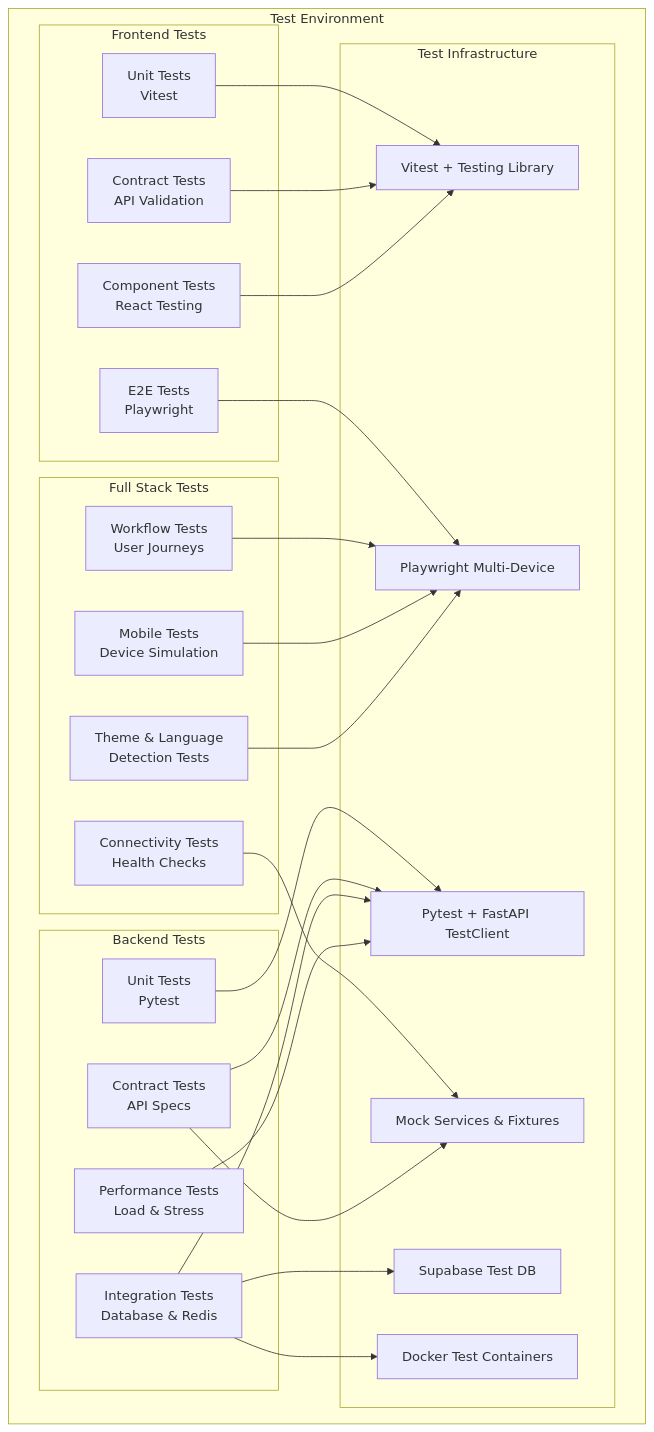
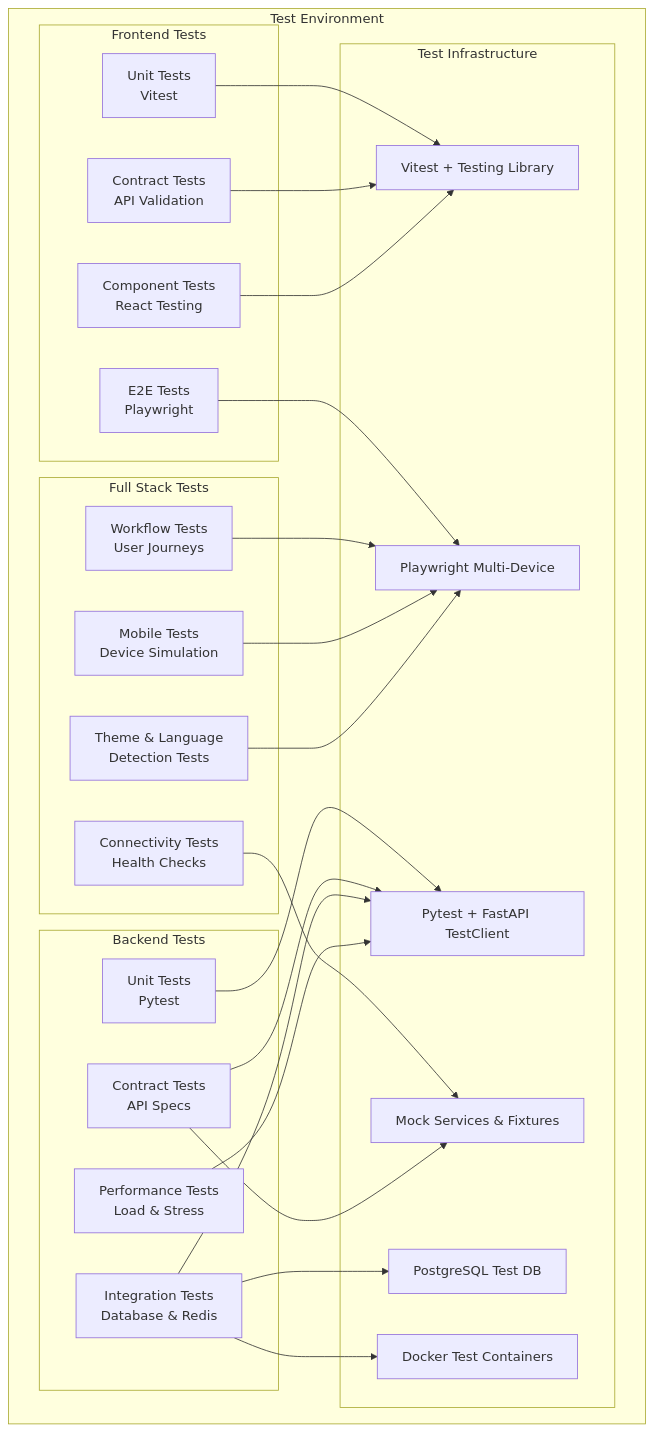
One commit to gofrolist/calorie-track-ai-bot-api changed the first of 8 diagrams in docs/INTEGRATION_TESTING.md. Above: the diagram before and after it, drawn with Mermaid. The commit also changed other lines of this file and 32 other files, not shown here.

````diff
--- a/docs/INTEGRATION_TESTING.md
+++ b/docs/INTEGRATION_TESTING.md
@@ -9,57 +9,57 @@
 ```mermaid
 graph TB
     subgraph "Test Environment"
         subgraph "Frontend Tests"
             UNIT_FE[Unit Tests<br/>Vitest]
             CONTRACT_FE[Contract Tests<br/>API Validation]
             COMPONENT_FE[Component Tests<br/>React Testing]
             E2E_FE[E2E Tests<br/>Playwright]
         end
 
         subgraph "Backend Tests"
             UNIT_BE[Unit Tests<br/>Pytest]
             CONTRACT_BE[Contract Tests<br/>API Specs]
             INTEGRATION_BE[Integration Tests<br/>Database & Redis]
             PERFORMANCE_BE[Performance Tests<br/>Load & Stress]
         end
 
         subgraph "Full Stack Tests"
             CONNECTIVITY[Connectivity Tests<br/>Health Checks]
             WORKFLOW[Workflow Tests<br/>User Journeys]
             MOBILE[Mobile Tests<br/>Device Simulation]
             THEME_LANG[Theme & Language<br/>Detection Tests]
         end
 
         subgraph "Test Infrastructure"
             VITEST[Vitest + Testing Library]
             PLAYWRIGHT[Playwright Multi-Device]
             PYTEST[Pytest + FastAPI TestClient]
             MOCK[Mock Services & Fixtures]
-            SUPABASE[Supabase Test DB]
+            TESTDB[PostgreSQL Test DB]
             DOCKER[Docker Test Containers]
         end
     end
 
     %% Frontend test connections
     UNIT_FE --> VITEST
     CONTRACT_FE --> VITEST
     COMPONENT_FE --> VITEST
     E2E_FE --> PLAYWRIGHT
 
     %% Backend test connections
     UNIT_BE --> PYTEST
     CONTRACT_BE --> PYTEST
     INTEGRATION_BE --> PYTEST
     PERFORMANCE_BE --> PYTEST
 
     %% Full stack test connections
     CONNECTIVITY --> MOCK
     WORKFLOW --> PLAYWRIGHT
     MOBILE --> PLAYWRIGHT
     THEME_LANG --> PLAYWRIGHT
 
     %% Infrastructure connections
-    INTEGRATION_BE --> SUPABASE
+    INTEGRATION_BE --> TESTDB
     INTEGRATION_BE --> DOCKER
     CONTRACT_BE --> MOCK
 ```
````
